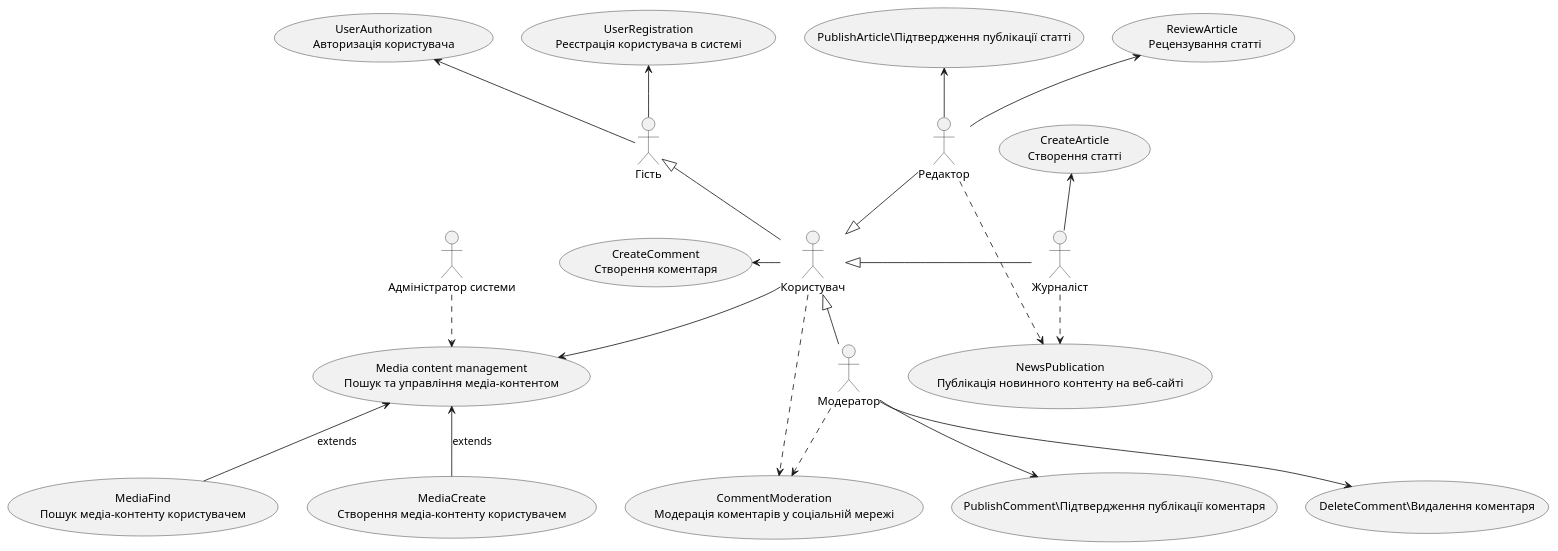
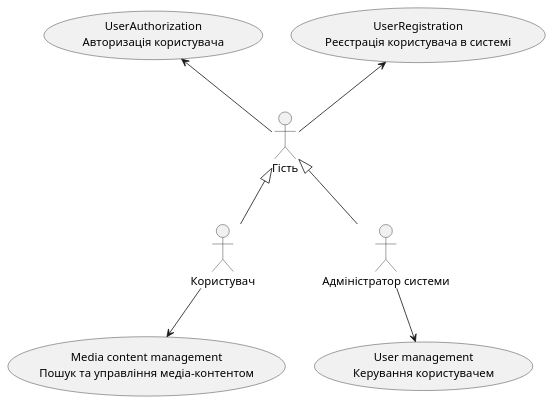
One commit to vladyslavpopov/DB_CourseWork changed the first of 4 diagrams in docs/use cases/README.md. Above: the diagram before and after it, drawn with PlantUML. The commit also changed other lines of this file, not shown here.

Commit message:
Add general diagram

```diff
--- a/docs/use cases/README.md
+++ b/docs/use cases/README.md
@@ -12,54 +12,23 @@
 @startuml
 
 actor "Гість" as Guest
 actor "Користувач" as User
-actor "Модератор" as Moderator
-actor "Журналіст" as Journalist
-actor "Редактор" as Editor
 actor "Адміністратор системи" as Admin
 
 usecase "UserRegistration\nРеєстрація користувача в системі" as UC_1.1
 usecase "UserAuthorization\nАвторизація користувача" as UC_1.2
 
-usecase "Media content management\nПошук та управління медіа-контентом" as UC_2.1
-usecase "MediaFind\nПошук медіа-контенту користувачем" as UC_2.2
-usecase "MediaCreate\nСтворення медіа-контенту користувачем" as UC_2.3
-
-usecase "NewsPublication\nПублікація новинного контенту на веб-сайті" as UC_3.1
-usecase "CreateArticle\nСтворення статті" as UC_3.2
-usecase "ReviewArticle \n Рецензування статті" as UC_3.3
-usecase "PublishArticle\Підтвердження публікації статті" as UC_3.4
-
-usecase "CommentModeration\nМодерація коментарів у соціальній мережі" as UC_4.1
-usecase "CreateComment\nСтворення коментаря" as UC_4.2
-usecase "PublishComment\Підтвердження публікації коментаря" as UC_4.3
-usecase "DeleteComment\Видалення коментаря" as UC_4.4
-
 Guest -u-> UC_1.1
 Guest -u-> UC_1.2
 
+usecase "Media content management\nПошук та управління медіа-контентом" as UC_2
+
 User -u-|> Guest
-User ..> UC_4.1
-User -d-> UC_2.1
-User -l-> UC_4.2
+User -d-> UC_2
 
-Admin ..> UC_2.1
+usecase "User management\nКерування користувачем" as UC_3
 
-UC_2.2 -u-> UC_2.1: extends
-UC_2.3 -u-> UC_2.1: extends
-
-Journalist -l-|> User
-Journalist -u-> UC_3.2
-Journalist ..> UC_3.1
-
-Editor -d-|> User
-Editor -u-> UC_3.3
-Editor -u-> UC_3.4
-Editor ..> UC_3.1
-
-Moderator -u-|> User
-Moderator ..> UC_4.1
-Moderator -d-> UC_4.3
-Moderator -d-> UC_4.4
+Admin -u-|> Guest
+Admin -d-> UC_3
 
 @enduml
```
